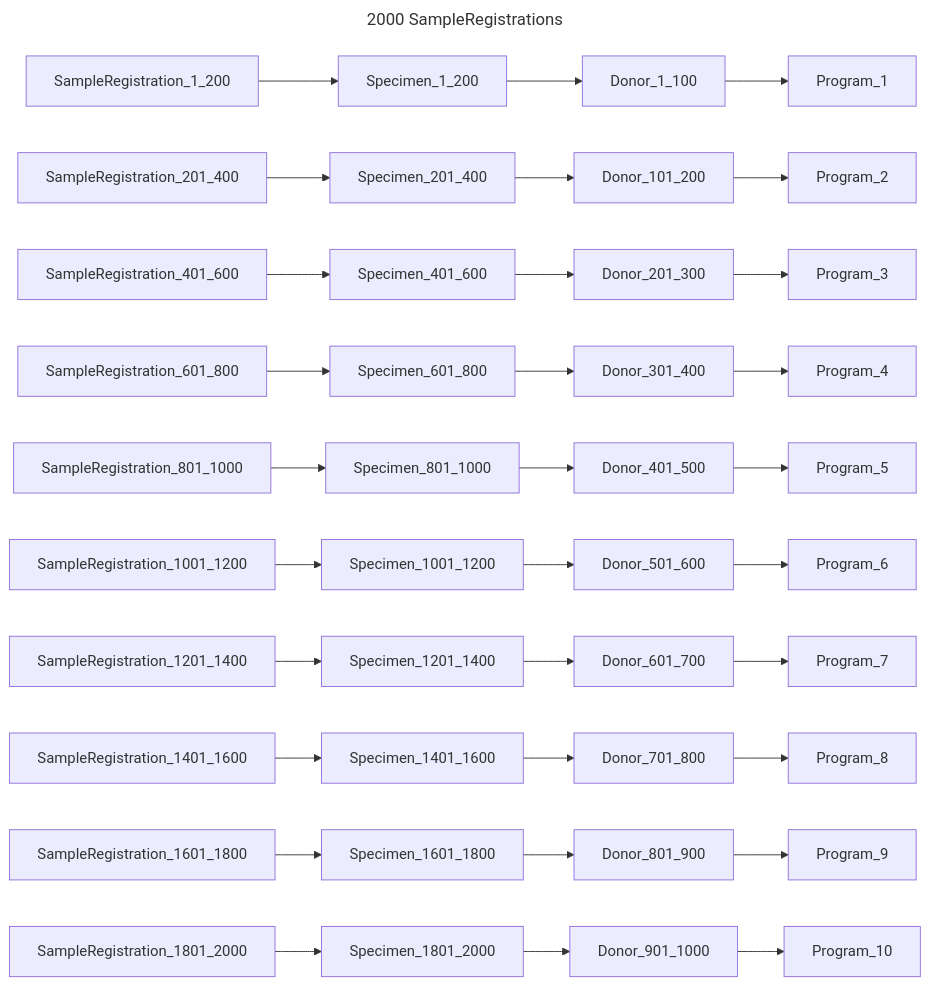
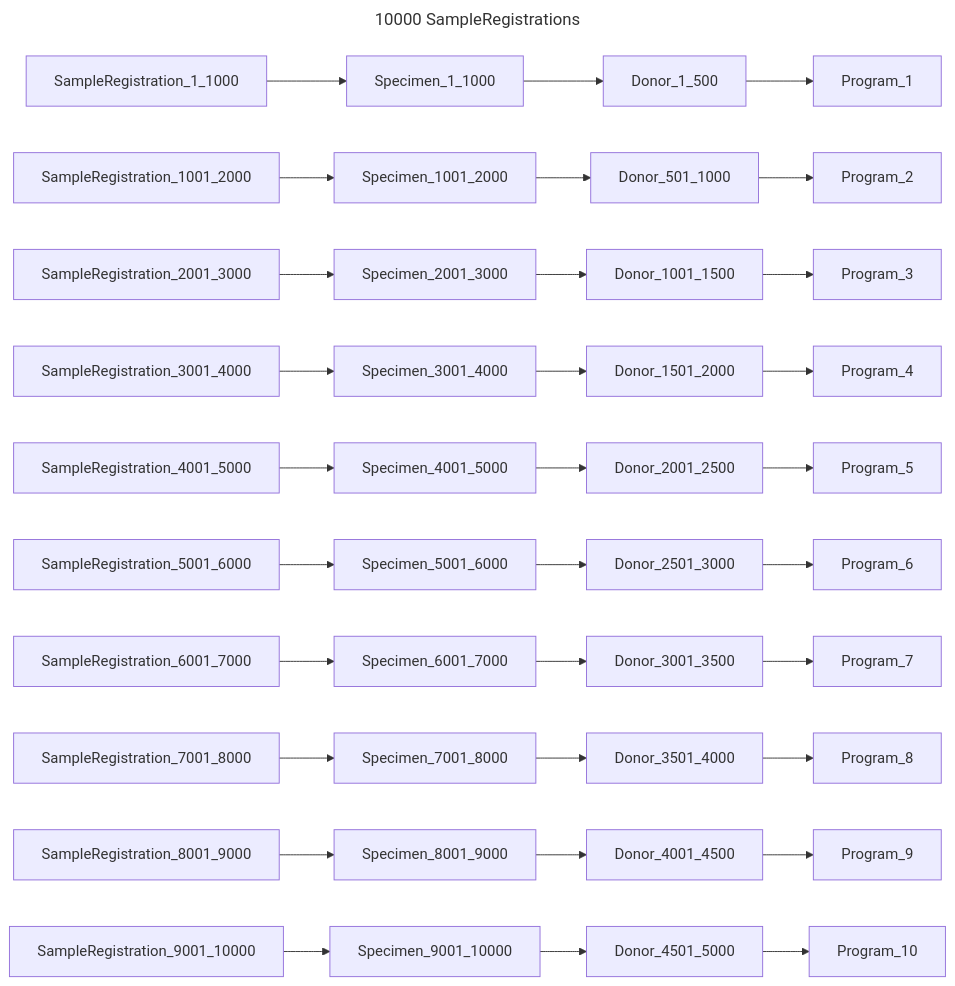
The fourth of 14 diagrams in chord_metadata_service/mohpackets/data/large_dataset/README.md (bento-platform/katsu), drawn with Mermaid before and after one commit. The commit also changed other lines of this file, not shown here.

````diff
--- a/chord_metadata_service/mohpackets/data/large_dataset/README.md
+++ b/chord_metadata_service/mohpackets/data/large_dataset/README.md
@@ -64,16 +63,17 @@
 ```mermaid
 ---
-title: 2000 SampleRegistrations
+title: 10000 SampleRegistrations
 ---
 graph LR;  
-  SampleRegistration_1_200 --> Specimen_1_200 --> Donor_1_100 --> Program_1;
-  SampleRegistration_201_400 --> Specimen_201_400 --> Donor_101_200 --> Program_2;  
-  SampleRegistration_401_600 --> Specimen_401_600 --> Donor_201_300 --> Program_3;  
-  SampleRegistration_601_800 --> Specimen_601_800 --> Donor_301_400 --> Program_4;  
-  SampleRegistration_801_1000 --> Specimen_801_1000 --> Donor_401_500 --> Program_5;  
-  SampleRegistration_1001_1200 --> Specimen_1001_1200 --> Donor_501_600 --> Program_6;  
-  SampleRegistration_1201_1400 --> Specimen_1201_1400 --> Donor_601_700 --> Program_7;  
-  SampleRegistration_1401_1600 --> Specimen_1401_1600 --> Donor_701_800 --> Program_8;  
-  SampleRegistration_1601_1800 --> Specimen_1601_1800 --> Donor_801_900 --> Program_9;
-  SampleRegistration_1801_2000 --> Specimen_1801_2000 --> Donor_901_1000 --> Program_10;  
+  SampleRegistration_1_1000 --> Specimen_1_1000 --> Donor_1_500 --> Program_1;
+  SampleRegistration_1001_2000 --> Specimen_1001_2000 --> Donor_501_1000 --> Program_2;
+  SampleRegistration_2001_3000 --> Specimen_2001_3000 --> Donor_1001_1500 --> Program_3;
+  SampleRegistration_3001_4000 --> Specimen_3001_4000 --> Donor_1501_2000 --> Program_4;
+  SampleRegistration_4001_5000 --> Specimen_4001_5000 --> Donor_2001_2500 --> Program_5;
+  SampleRegistration_5001_6000 --> Specimen_5001_6000 --> Donor_2501_3000 --> Program_6;
+  SampleRegistration_6001_7000 --> Specimen_6001_7000 --> Donor_3001_3500 --> Program_7;
+  SampleRegistration_7001_8000 --> Specimen_7001_8000 --> Donor_3501_4000 --> Program_8;
+  SampleRegistration_8001_9000 --> Specimen_8001_9000 --> Donor_4001_4500 --> Program_9;
+  SampleRegistration_9001_10000 --> Specimen_9001_10000 --> Donor_4501_5000 --> Program_10;
+  
 ```
````
